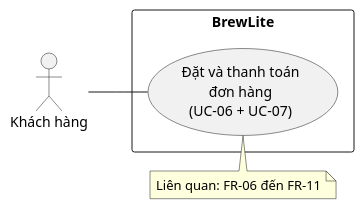
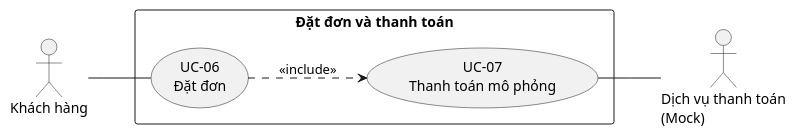
The diagram in docs/diagrams/use-case-checkout.puml (lmhau68/BrewLite2), drawn with PlantUML before and after one commit. The commit also changed 3 other files, not shown here.

```diff
--- a/docs/diagrams/use-case-checkout.puml
+++ b/docs/diagrams/use-case-checkout.puml
@@ -1,15 +1,15 @@
-@startuml use_case_checkout
+@startuml use-case-checkout
 left to right direction
 
 actor "Khách hàng" as Customer
+actor "Dịch vụ thanh toán\n(Mock)" as MockPayment
 
-rectangle "BrewLite" {
-  usecase "Đặt và thanh toán\nđơn hàng\n(UC-06 + UC-07)" as Checkout
+rectangle "Đặt đơn và thanh toán" {
+  usecase "UC-06\nĐặt đơn" as PlaceOrder
+  usecase "UC-07\nThanh toán mô phỏng" as Payment
 }
 
-Customer -- Checkout
-
-note top of Checkout
-  Liên quan: FR-06 đến FR-11
-end note
+Customer -- PlaceOrder
+Payment -- MockPayment
+PlaceOrder ..> Payment : <<include>>
 @enduml
```
